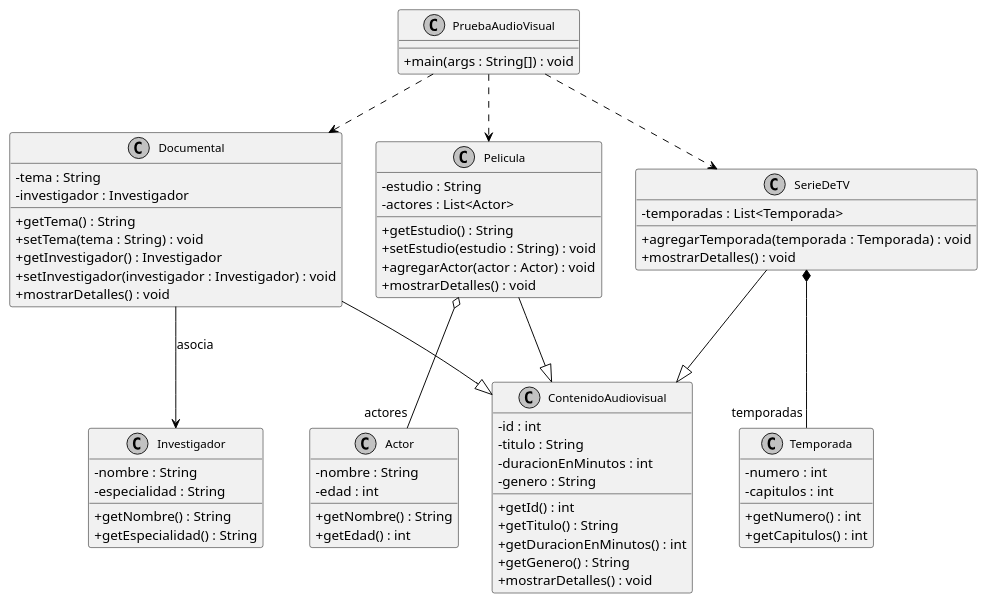
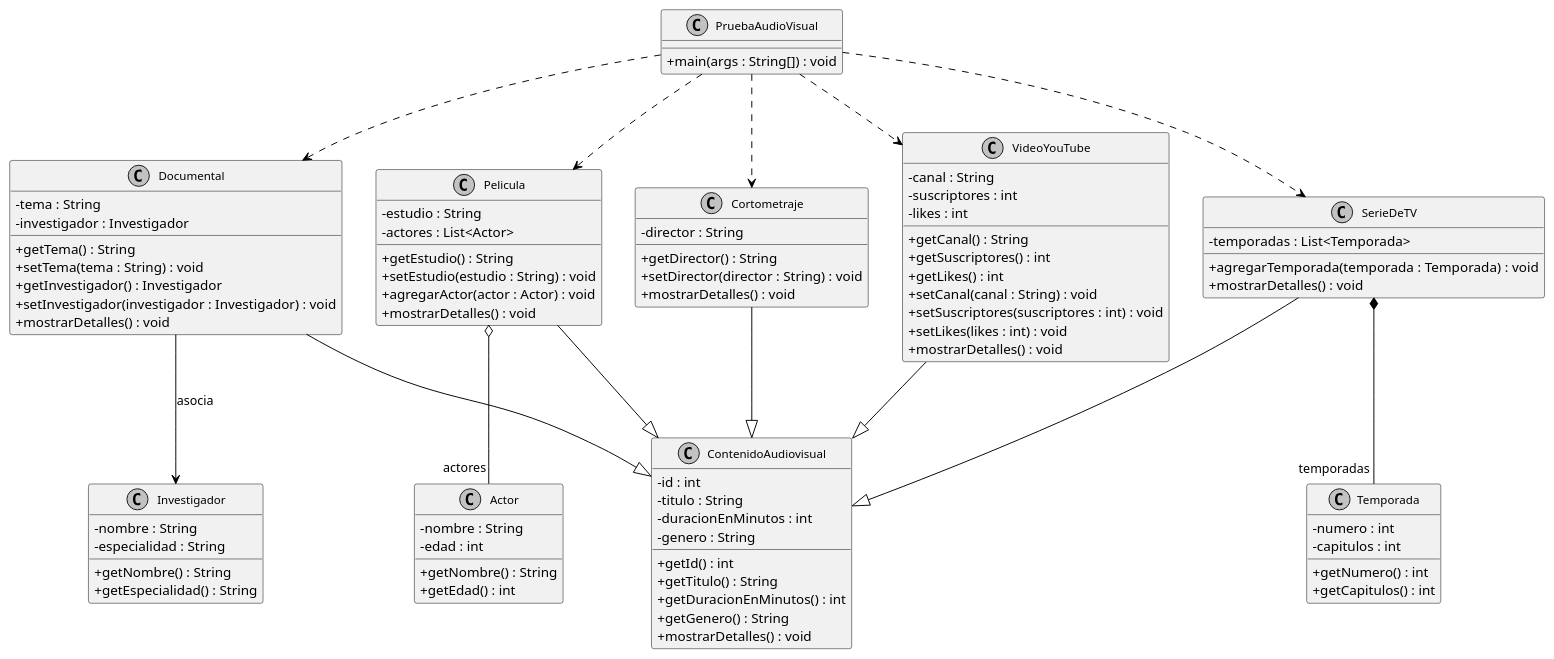
Before and after one commit to GabrielMarin78/poo_unidad2: the diagram in src/diagrama_clases.puml, drawn with PlantUML. The commit also changed 2 other files, not shown here.

```diff
--- a/src/diagrama_clases.puml
+++ b/src/diagrama_clases.puml
@@ -1,93 +1,117 @@
-@startuml
+@startuml diagrama_clases
 
 ' Estilo
 skinparam classAttributeIconSize 0
 skinparam monochrome true
 skinparam shadowing false
 skinparam classFontSize 12
 skinparam ArrowColor Black
 skinparam ClassBorderColor Black
 
 ' Clases
 class ContenidoAudiovisual {
   - id : int
   - titulo : String
   - duracionEnMinutos : int
   - genero : String
   + getId() : int
   + getTitulo() : String
   + getDuracionEnMinutos() : int
   + getGenero() : String
   + mostrarDetalles() : void
 }
 
 class Documental {
   - tema : String
   - investigador : Investigador
   + getTema() : String
   + setTema(tema : String) : void
   + getInvestigador() : Investigador
   + setInvestigador(investigador : Investigador) : void
   + mostrarDetalles() : void
 }
 
 class Investigador {
   - nombre : String
   - especialidad : String
   + getNombre() : String
   + getEspecialidad() : String
 }
 
 class Pelicula {
   - estudio : String
   - actores : List<Actor>
   + getEstudio() : String
   + setEstudio(estudio : String) : void
   + agregarActor(actor : Actor) : void
   + mostrarDetalles() : void
 }
 
 class Actor {
   - nombre : String
   - edad : int
   + getNombre() : String
   + getEdad() : int
 }
 
 class SerieDeTV {
   - temporadas : List<Temporada>
   + agregarTemporada(temporada : Temporada) : void
   + mostrarDetalles() : void
 }
 
 class Temporada {
   - numero : int
   - capitulos : int
   + getNumero() : int
   + getCapitulos() : int
 }
 
+class Cortometraje {
+  - director : String
+  + getDirector() : String
+  + setDirector(director : String) : void
+  + mostrarDetalles() : void
+}
+
+class VideoYouTube {
+  - canal : String
+  - suscriptores : int
+  - likes : int
+  + getCanal() : String
+  + getSuscriptores() : int
+  + getLikes() : int
+  + setCanal(canal : String) : void
+  + setSuscriptores(suscriptores : int) : void
+  + setLikes(likes : int) : void
+  + mostrarDetalles() : void
+}
+
 class PruebaAudioVisual {
   + main(args : String[]) : void
 }
 
 ' Relaciones de herencia
 Documental --|> ContenidoAudiovisual
 Pelicula --|> ContenidoAudiovisual
 SerieDeTV --|> ContenidoAudiovisual
+Cortometraje --|> ContenidoAudiovisual
+VideoYouTube --|> ContenidoAudiovisual
 
 ' Asociación (Documental → Investigador)
 Documental --> Investigador : asocia
 
 ' Agregación (Pelicula → Actor)
 Pelicula o-- "actores" Actor
 
 ' Composición (SerieDeTV → Temporada)
 SerieDeTV *-- "temporadas" Temporada
 
 ' Dependencia al Main (opcional)
 PruebaAudioVisual ..> Documental
 PruebaAudioVisual ..> Pelicula
 PruebaAudioVisual ..> SerieDeTV
+PruebaAudioVisual ..> Cortometraje
+PruebaAudioVisual ..> VideoYouTube
 
 @enduml
```
